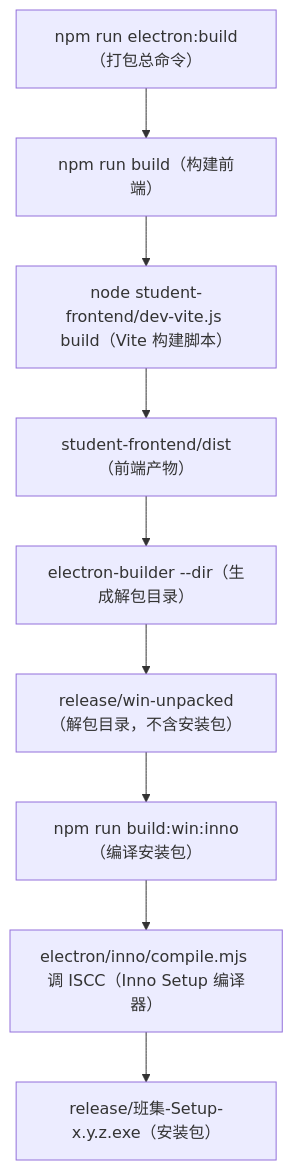
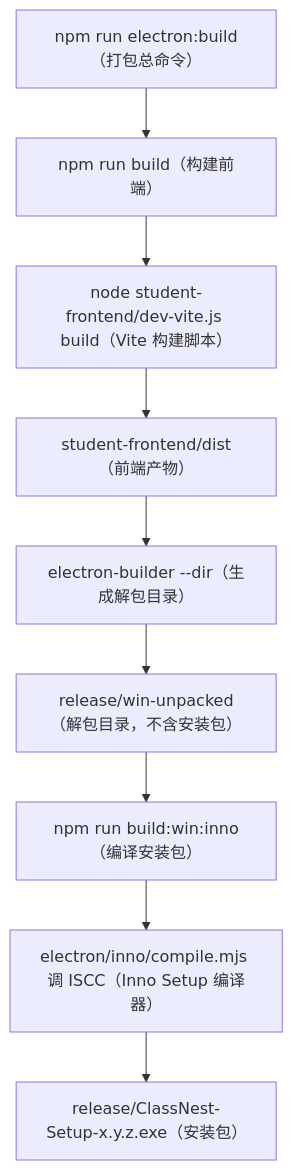
Before and after one commit to onion383/classnest: the diagram in doc/development/topics/build-and-branches.md, drawn with Mermaid. The commit also changed other lines of this file and 8 other files, not shown here.

````diff
--- a/doc/development/topics/build-and-branches.md
+++ b/doc/development/topics/build-and-branches.md
@@ -37,11 +42,11 @@
 ```mermaid
 flowchart TD
   A["npm run electron:build（打包总命令）"] --> B["npm run build（构建前端）"]
   B --> C["node student-frontend/dev-vite.js build（Vite 构建脚本）"]
   C --> D["student-frontend/dist（前端产物）"]
   D --> E["electron-builder --dir（生成解包目录）"]
   E --> F["release/win-unpacked（解包目录，不含安装包）"]
   F --> G["npm run build:win:inno（编译安装包）"]
   G --> H["electron/inno/compile.mjs 调 ISCC（Inno Setup 编译器）"]
-  H --> I["release/班集-Setup-x.y.z.exe（安装包）"]
+  H --> I["release/ClassNest-Setup-x.y.z.exe（安装包）"]
 ```
````
